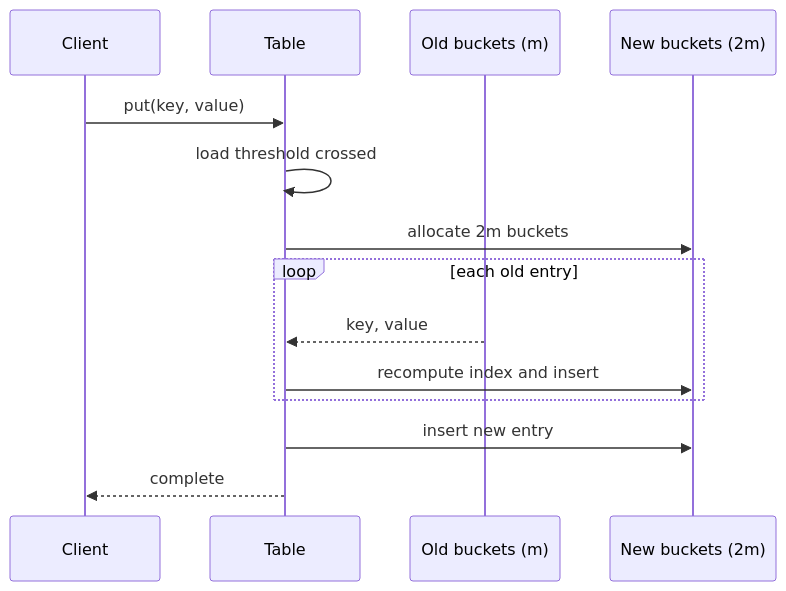
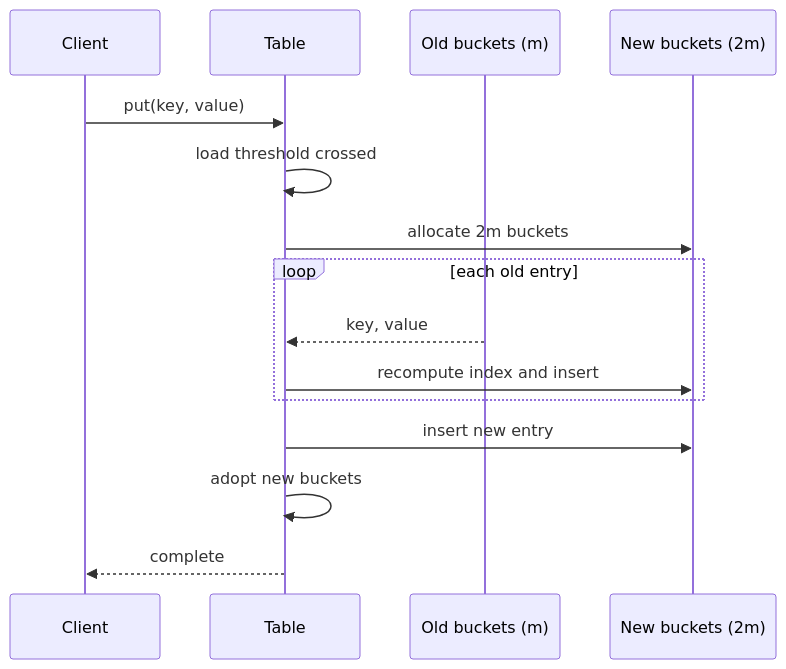
Before and after one commit to michaeliu3/atlas-academy-python-cs: the fifth of 9 diagrams in content/modules/08_hashing_dictionaries_sets_indexing.md, drawn with Mermaid. The commit also changed other lines of this file and 8 other files, not shown here.

````diff
--- a/content/modules/08_hashing_dictionaries_sets_indexing.md
+++ b/content/modules/08_hashing_dictionaries_sets_indexing.md
@@ -485,16 +498,20 @@
 ```mermaid
+%% atlas-diagram-id: m08-resize-rehash-sequence
+%% atlas-diagram-title: Growing a table rehashes entries into a larger address space
+%% atlas-diagram-alt: A put operation crosses the load threshold, so the table allocates twice as many buckets, reinserts every old key using the new capacity, inserts the new entry, adopts the larger buckets as the active table, then returns completion to the client.
 sequenceDiagram
     participant Client
     participant Table
     participant Old as Old buckets (m)
     participant New as New buckets (2m)
     Client->>Table: put(key, value)
     Table->>Table: load threshold crossed
     Table->>New: allocate 2m buckets
     loop each old entry
         Old-->>Table: key, value
         Table->>New: recompute index and insert
     end
     Table->>New: insert new entry
+    Table->>Table: adopt new buckets
     Table-->>Client: complete
 ```
````
